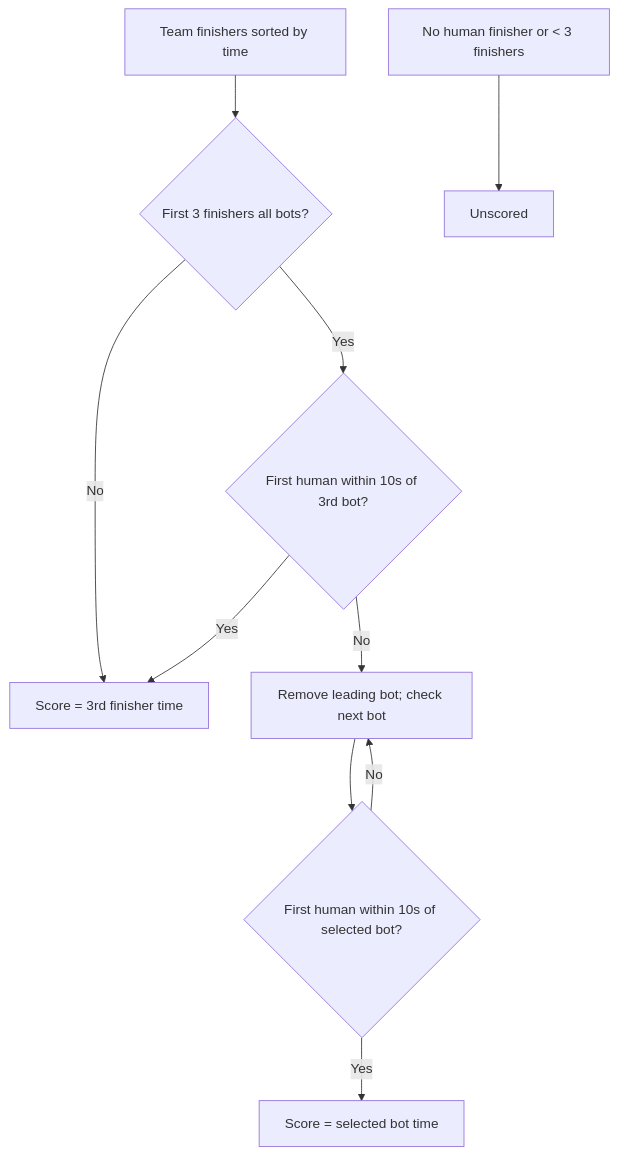
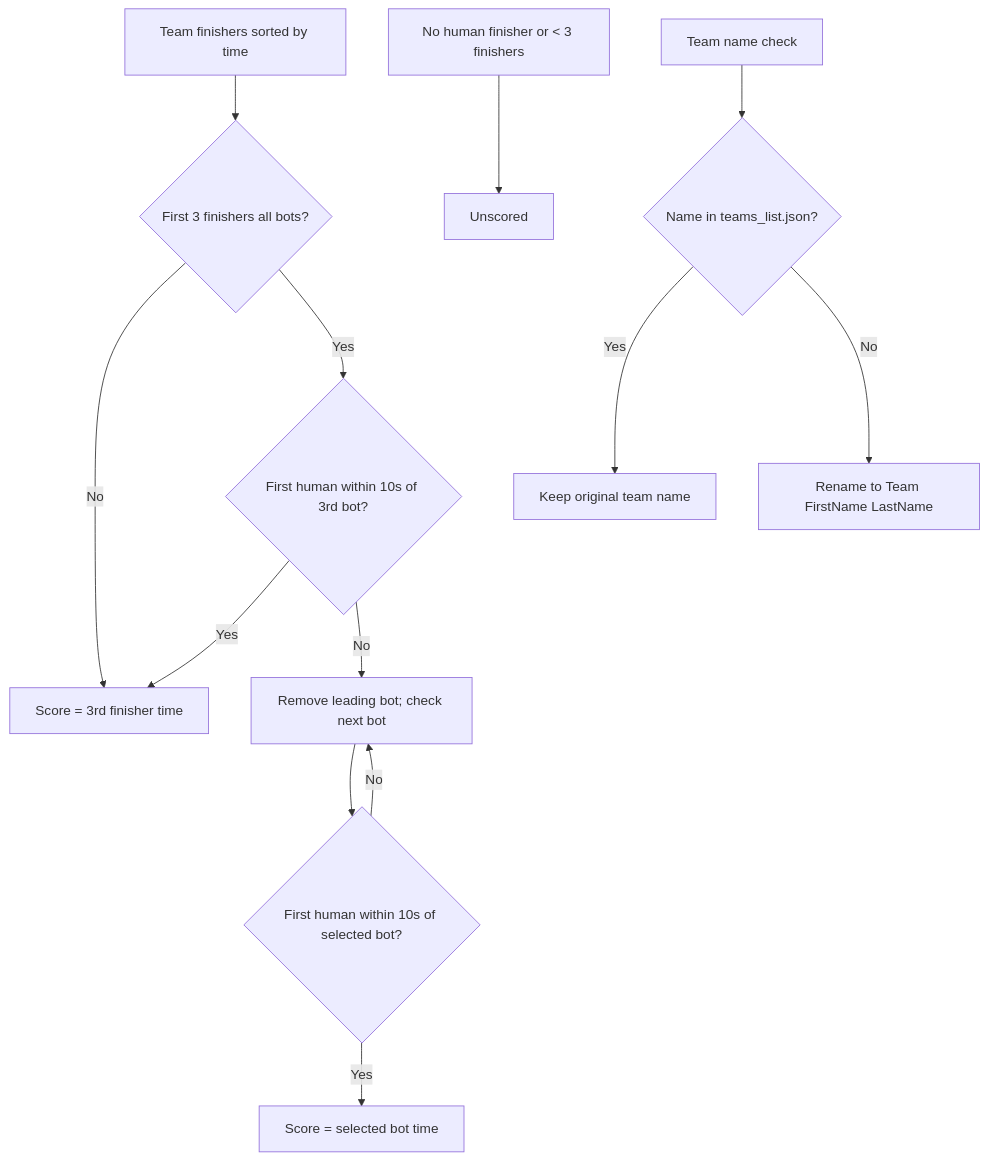
The diagram in README.md (JC-Concepts/TPV-ResultParser), drawn with Mermaid before and after one commit. The commit also changed other lines of this file, not shown here.

Commit message:
update readme on team name check

````diff
--- a/README.md
+++ b/README.md
@@ -28,12 +29,15 @@
 ```mermaid
 flowchart TD
   A[Team finishers sorted by time] --> B{First 3 finishers all bots?}
   B -->|No| C[Score = 3rd finisher time]
   B -->|Yes| D{First human within 10s of 3rd bot?}
   D -->|Yes| C
   D -->|No| E[Remove leading bot; check next bot]
   E --> F{First human within 10s of selected bot?}
   F -->|No| E
   F -->|Yes| G[Score = selected bot time]
   H[No human finisher or < 3 finishers] --> I[Unscored]
+  J[Team name check] --> K{Name in teams_list.json?}
+  K -->|Yes| L[Keep original team name]
+  K -->|No| M[Rename to Team FirstName LastName]
 ```
````
